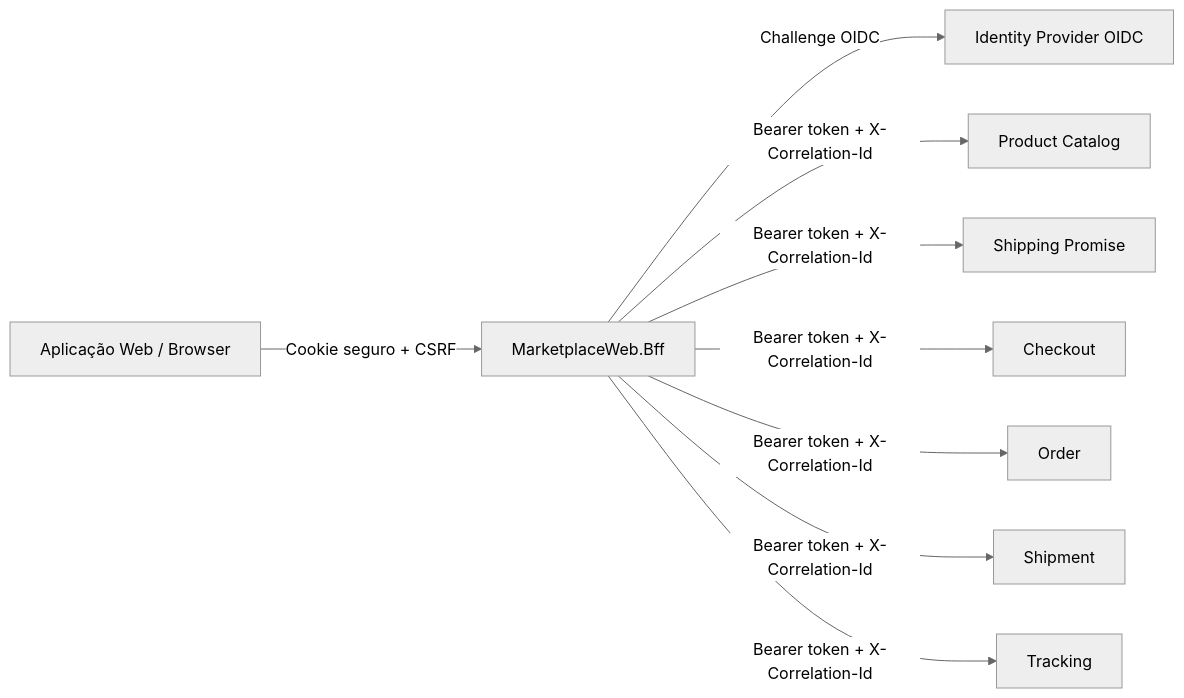
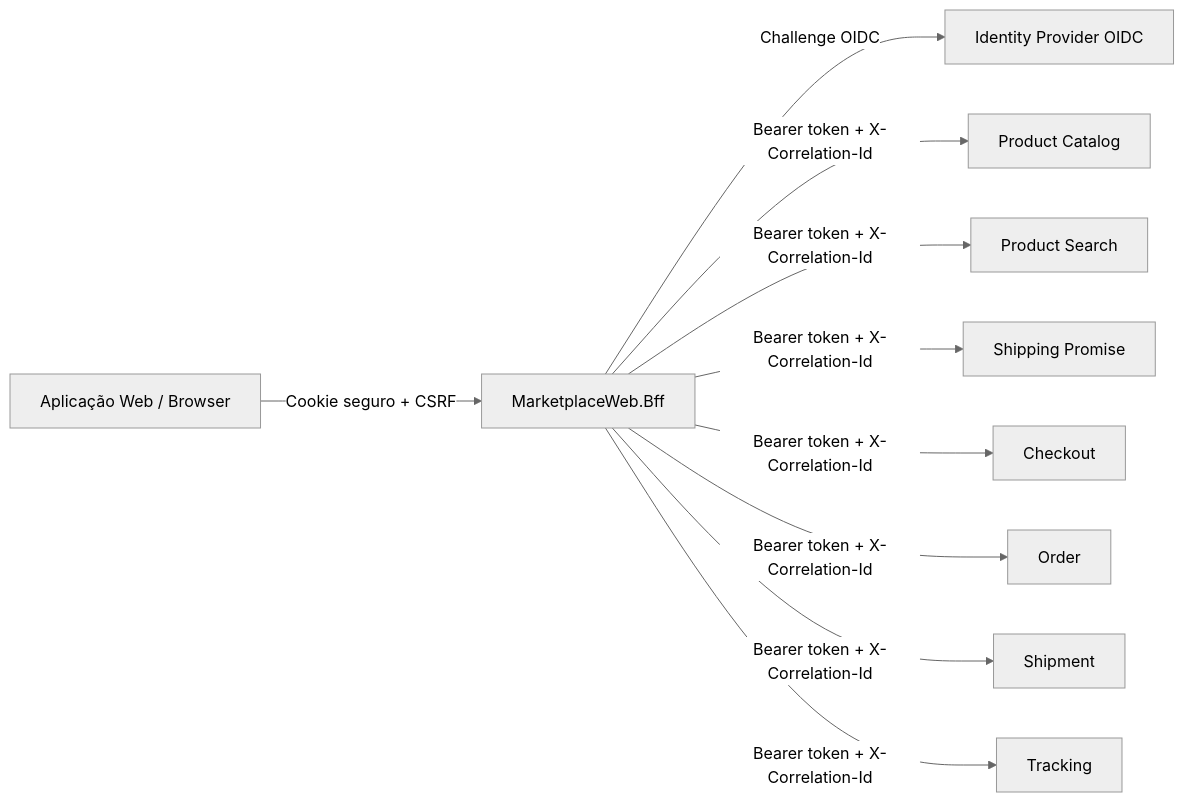
Before and after one commit to leandrosflora/MarketplaceWeb.Bff: the diagram in README.md, drawn with Mermaid (neutral theme). The commit also changed other lines of this file and 5 other files, not shown here.

Commit message:
Add product text search downstream integration

````diff
--- a/README.md
+++ b/README.md
@@ -62,21 +62,23 @@
 ```mermaid
 flowchart LR
     Browser[Aplicação Web / Browser]
     BFF[MarketplaceWeb.Bff]
     IdP[Identity Provider OIDC]
     Catalog[Product Catalog]
+    Search[Product Search]
     Shipping[Shipping Promise]
     Checkout[Checkout]
     Orders[Order]
     Shipment[Shipment]
     Tracking[Tracking]
 
     Browser -->|Cookie seguro + CSRF| BFF
     BFF -->|Challenge OIDC| IdP
     BFF -->|Bearer token + X-Correlation-Id| Catalog
+    BFF -->|Bearer token + X-Correlation-Id| Search
     BFF -->|Bearer token + X-Correlation-Id| Shipping
     BFF -->|Bearer token + X-Correlation-Id| Checkout
     BFF -->|Bearer token + X-Correlation-Id| Orders
     BFF -->|Bearer token + X-Correlation-Id| Shipment
     BFF -->|Bearer token + X-Correlation-Id| Tracking
 ```
````
